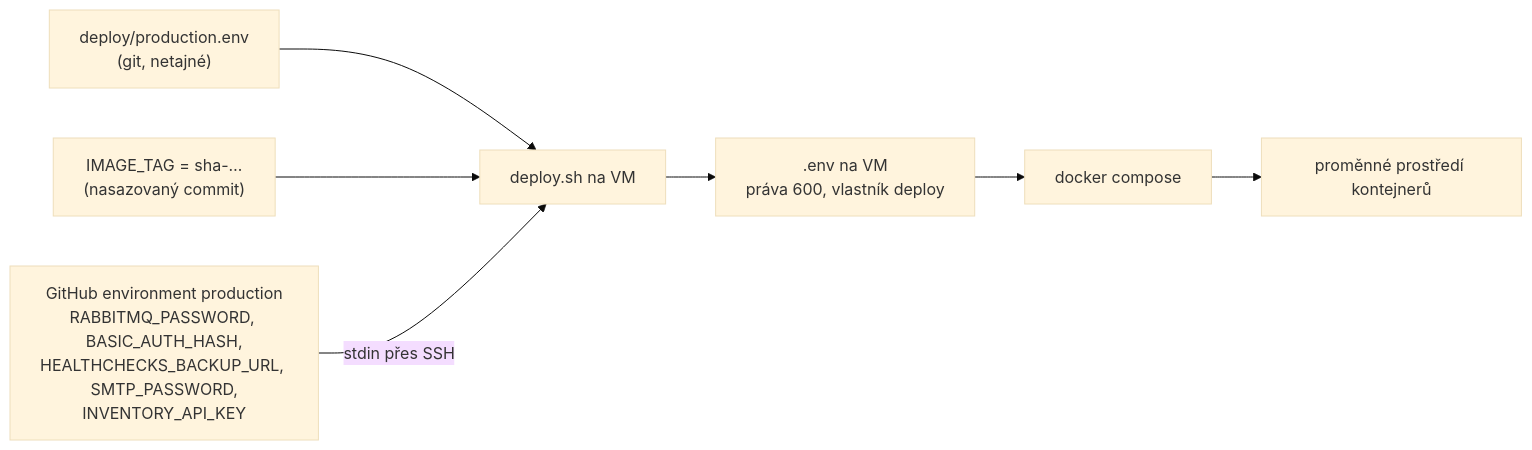
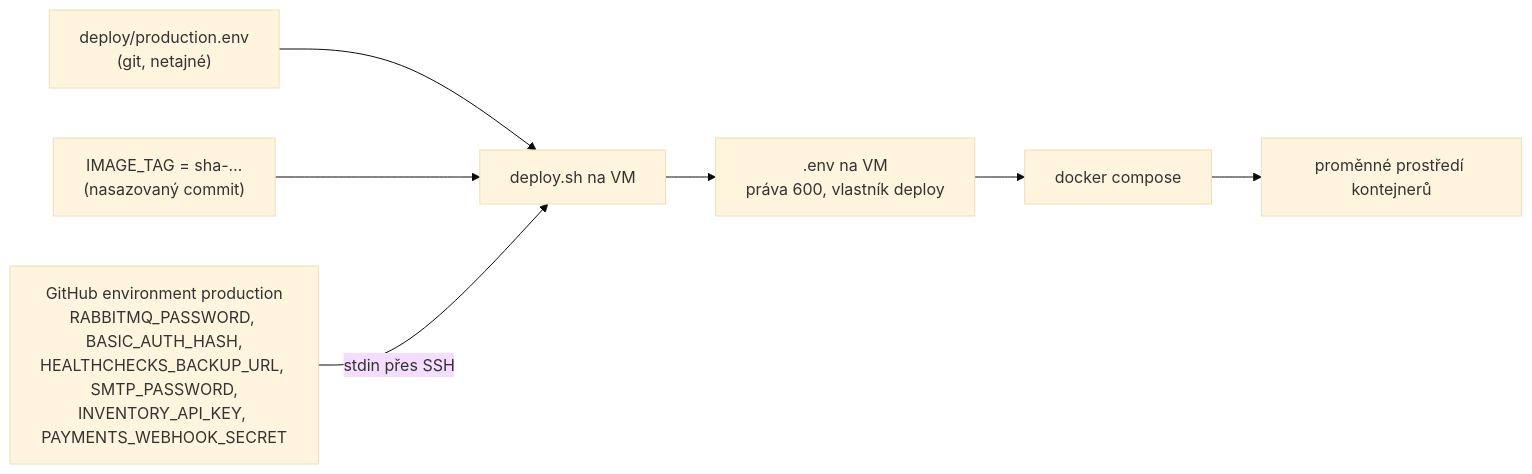
Before and after one commit to ftichy/MiniShop: the diagram in docs/prirucka/github/secrets.md, drawn with Mermaid (base theme). The commit also changed other lines of this file and 88 other files, not shown here.

````diff
--- a/docs/prirucka/github/secrets.md
+++ b/docs/prirucka/github/secrets.md
@@ -12,11 +12,11 @@
 ```mermaid
 flowchart LR
     pe["deploy/production.env<br/>(git, netajné)"] --> sh["deploy.sh na VM"]
     tag["IMAGE_TAG = sha-…<br/>(nasazovaný commit)"] --> sh
-    sec["GitHub environment production<br/>RABBITMQ_PASSWORD, BASIC_AUTH_HASH,<br/>HEALTHCHECKS_BACKUP_URL, SMTP_PASSWORD,<br/>INVENTORY_API_KEY"] -->|"stdin přes SSH"| sh
+    sec["GitHub environment production<br/>RABBITMQ_PASSWORD, BASIC_AUTH_HASH,<br/>HEALTHCHECKS_BACKUP_URL, SMTP_PASSWORD,<br/>INVENTORY_API_KEY, PAYMENTS_WEBHOOK_SECRET"] -->|"stdin přes SSH"| sh
     sh --> env[".env na VM<br/>práva 600, vlastník deploy"]
     env --> compose["docker compose"]
     compose --> cont["proměnné prostředí kontejnerů"]
 
     click sh "/Docs/github/cd"
 ```
````
